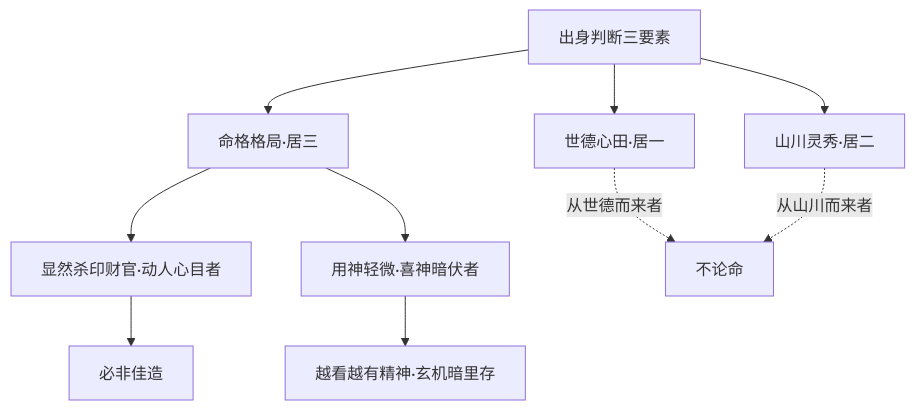
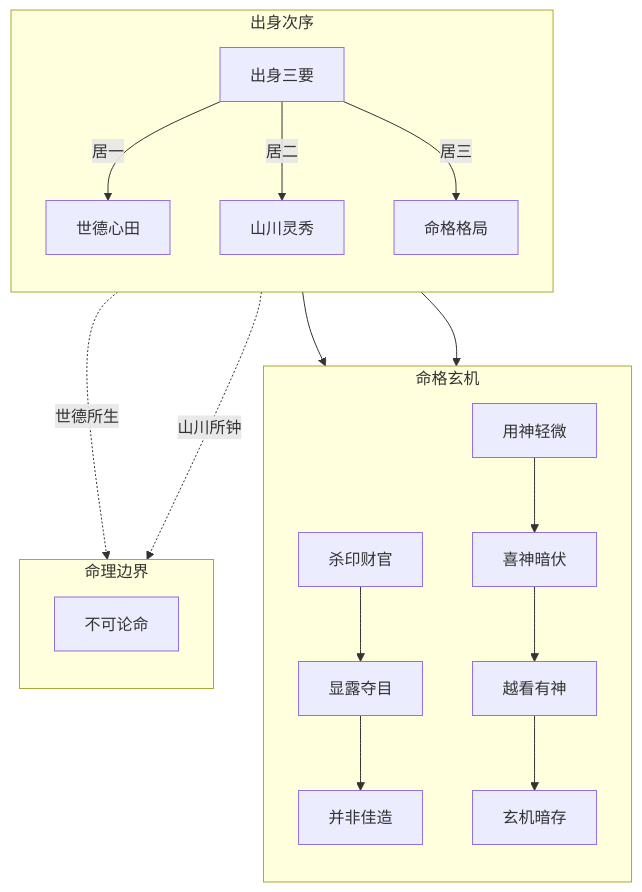
One commit to Banny-Gao/mingli-research changed the first of 4 diagrams in books/滴天髓阐微/articles/出身/interpretation.md. Above: the diagram before and after it, drawn with Mermaid. The commit also changed other lines of this file and 41 other files, not shown here.

````diff
--- a/books/滴天髓阐微/articles/出身/interpretation.md
+++ b/books/滴天髓阐微/articles/出身/interpretation.md
@@ -31,12 +33,26 @@
 ```mermaid
 flowchart TD
-    A[出身判断三要素] --> B[世德心田·居一]
-    A --> C[山川灵秀·居二]
-    A --> D[命格格局·居三]
-    D --> D1[显然杀印财官·动人心目者]
-    D --> D2[用神轻微·喜神暗伏者]
-    D1 --> D1a[必非佳造]
-    D2 --> D2a[越看越有精神·玄机暗里存]
-    B -.->|从世德而来者| E[不论命]
-    C -.->|从山川而来者| E
+    subgraph ORDER["出身次序"]
+        direction TD
+        A[出身三要] -->|居一| B[世德心田]
+        A -->|居二| C[山川灵秀]
+        A -->|居三| D[命格格局]
+    end
+
+    subgraph SIGNS["命格玄机"]
+        direction TD
+        D --> D1[杀印财官]
+        D1 --> D1b[显露夺目]
+        D1b --> D1a[并非佳造]
+        D --> D2[用神轻微]
+        D2 --> D2b[喜神暗伏]
+        D2b --> D2a[越看有神]
+        D2a --> D2c[玄机暗存]
+    end
+
+    subgraph LIMIT["命理边界"]
+        direction TD
+        B -.->|世德所生| E[不可论命]
+        C -.->|山川所钟| E
+    end
 ```
````
